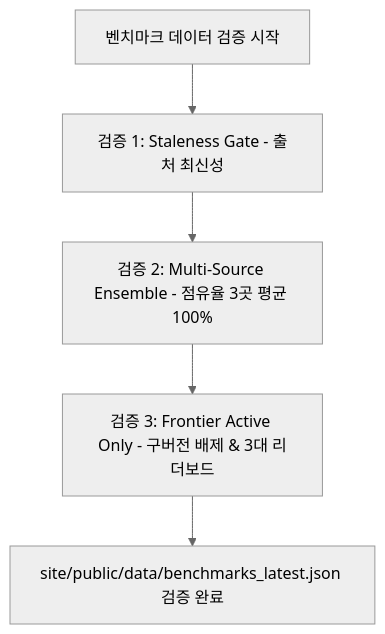
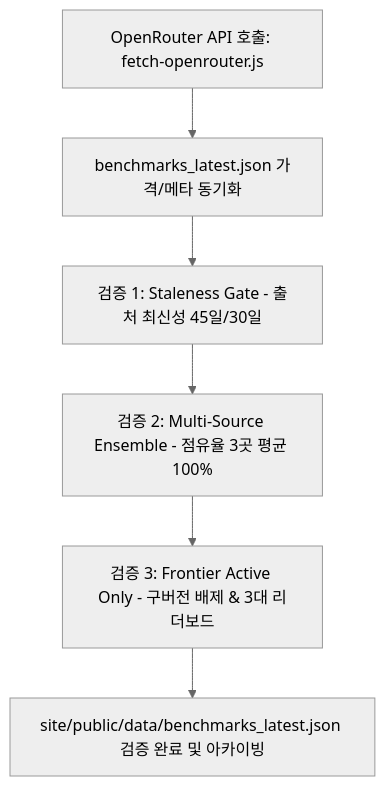
One commit to ldk-hub/ai-weekly changed the diagram in .agents/skills/cc-benchmarks/SKILL.md. Above: the diagram before and after it, drawn with Mermaid (neutral theme). The commit also changed other lines of this file and 9 other files, not shown here.

First line of the commit message:
feat(benchmarks): 2D 가성비 산점도 매트릭스 및 점유율 3대 출처 멀티 비교 바 도입

````diff
--- a/.agents/skills/cc-benchmarks/SKILL.md
+++ b/.agents/skills/cc-benchmarks/SKILL.md
@@ -14,7 +14,8 @@
 ```mermaid
 graph TD
-    A[벤치마크 데이터 검증 시작] --> B[검증 1: Staleness Gate - 출처 최신성]
-    B --> C[검증 2: Multi-Source Ensemble - 점유율 3곳 평균 100%]
-    C --> D[검증 3: Frontier Active Only - 구버전 배제 & 3대 리더보드]
-    D --> E[site/public/data/benchmarks_latest.json 검증 완료]
+    A[OpenRouter API 호출: fetch-openrouter.js] --> B[benchmarks_latest.json 가격/메타 동기화]
+    B --> C[검증 1: Staleness Gate - 출처 최신성 45일/30일]
+    C --> D[검증 2: Multi-Source Ensemble - 점유율 3곳 평균 100%]
+    D --> E[검증 3: Frontier Active Only - 구버전 배제 & 3대 리더보드]
+    E --> F[site/public/data/benchmarks_latest.json 검증 완료 및 아카이빙]
 ```
````
